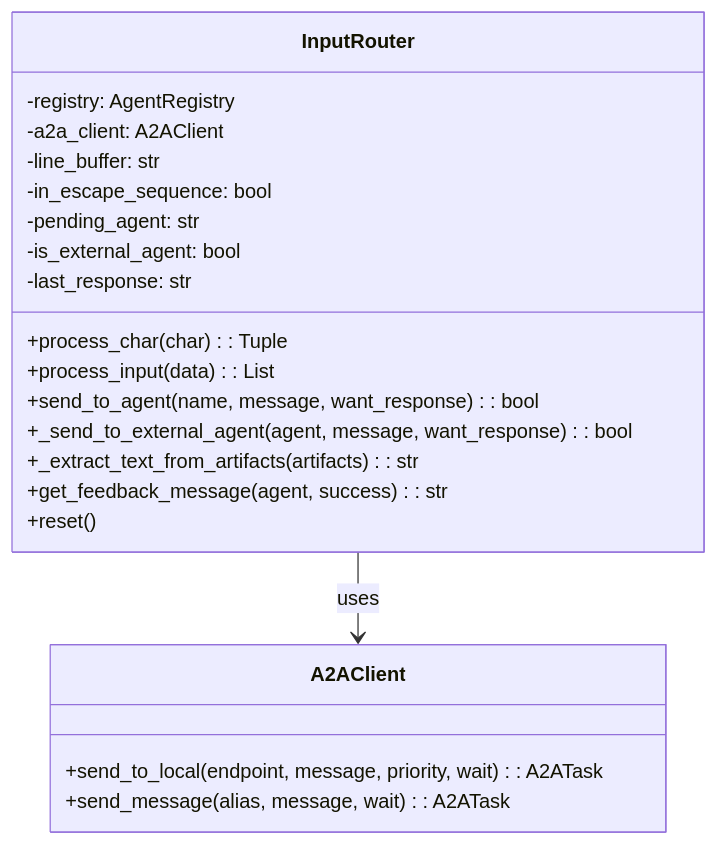
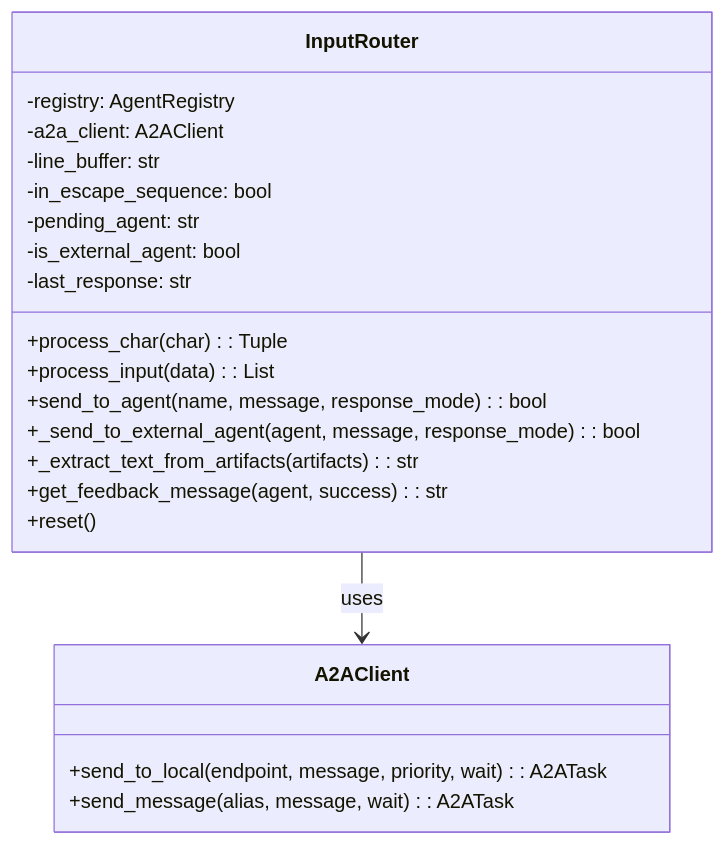
One commit to s-hiraoku/synapse-a2a changed the fourth of 21 diagrams in guides/architecture.md. Above: the diagram before and after it, drawn with Mermaid. The commit also changed other lines of this file and 108 other files, not shown here.

````diff
--- a/guides/architecture.md
+++ b/guides/architecture.md
@@ -129,26 +129,26 @@
 ```mermaid
 classDiagram
     class InputRouter {
         -registry: AgentRegistry
         -a2a_client: A2AClient
         -line_buffer: str
         -in_escape_sequence: bool
         -pending_agent: str
         -is_external_agent: bool
         -last_response: str
         +process_char(char): Tuple
         +process_input(data): List
-        +send_to_agent(name, message, want_response): bool
-        +_send_to_external_agent(agent, message, want_response): bool
+        +send_to_agent(name, message, response_mode): bool
+        +_send_to_external_agent(agent, message, response_mode): bool
         +_extract_text_from_artifacts(artifacts): str
         +get_feedback_message(agent, success): str
         +reset()
     }
 
     class A2AClient {
         +send_to_local(endpoint, message, priority, wait): A2ATask
         +send_message(alias, message, wait): A2ATask
     }
 
     InputRouter --> A2AClient : uses
 ```
````
